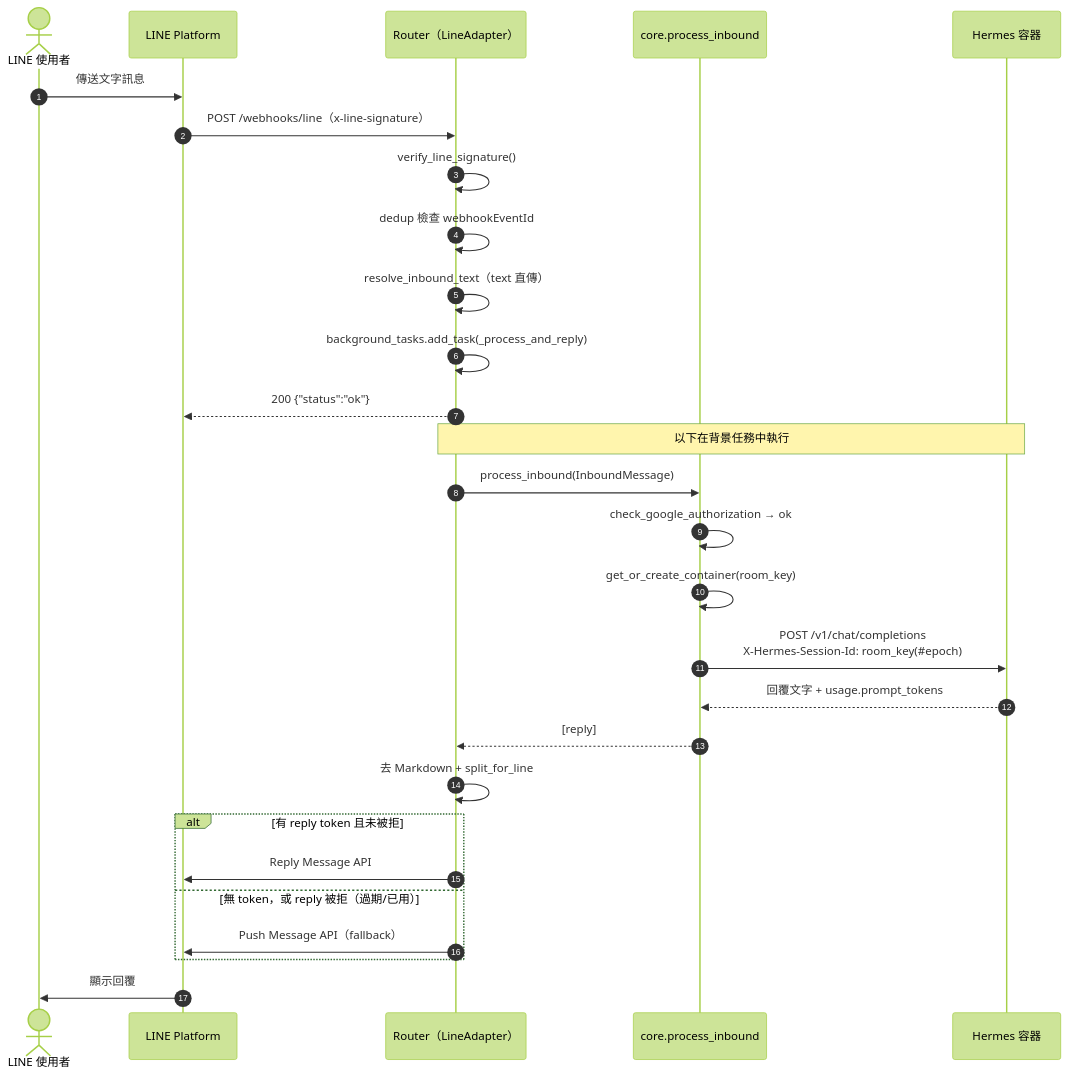
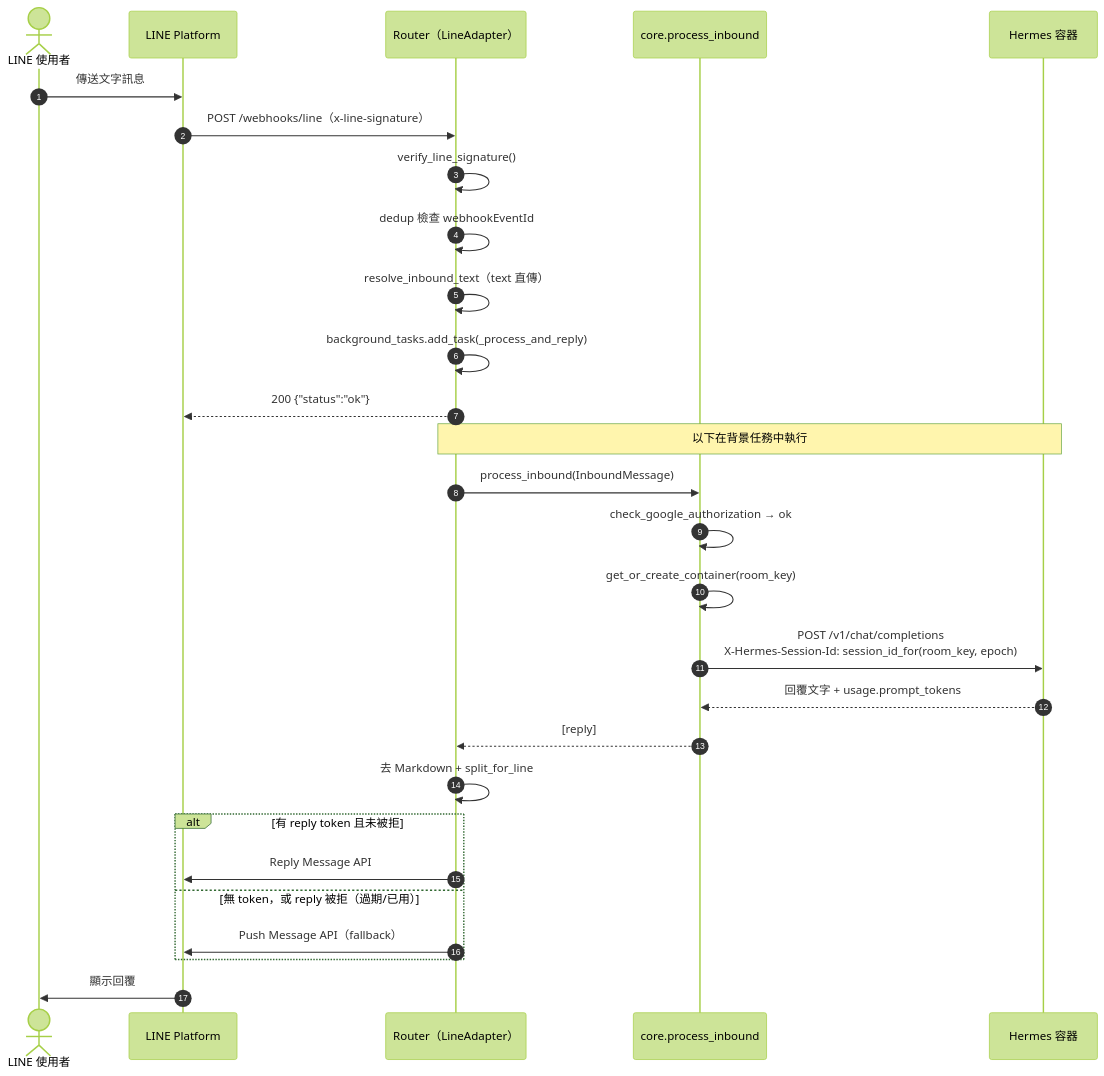
Before and after one commit to marychouchou/alice-office: the first of 9 diagrams in docs/sequence-diagrams.md, drawn with Mermaid (forest theme). The commit also changed other lines of this file and 4 other files, not shown here.

````diff
--- a/docs/sequence-diagrams.md
+++ b/docs/sequence-diagrams.md
@@ -15,31 +15,31 @@
 ```mermaid
 sequenceDiagram
     autonumber
     actor U as LINE 使用者
     participant LP as LINE Platform
     participant R as Router（LineAdapter）
     participant C as core.process_inbound
     participant H as Hermes 容器
 
     U->>LP: 傳送文字訊息
     LP->>R: POST /webhooks/line（x-line-signature）
     R->>R: verify_line_signature()
     R->>R: dedup 檢查 webhookEventId
     R->>R: resolve_inbound_text（text 直傳）
     R->>R: background_tasks.add_task(_process_and_reply)
     R-->>LP: 200 {"status":"ok"}
     Note over R,H: 以下在背景任務中執行
     R->>C: process_inbound(InboundMessage)
     C->>C: check_google_authorization → ok
     C->>C: get_or_create_container(room_key)
-    C->>H: POST /v1/chat/completions<br/>X-Hermes-Session-Id: room_key(#35;epoch)
+    C->>H: POST /v1/chat/completions<br/>X-Hermes-Session-Id: session_id_for(room_key, epoch)
     H-->>C: 回覆文字 + usage.prompt_tokens
     C-->>R: [reply]
     R->>R: 去 Markdown + split_for_line
     alt 有 reply token 且未被拒
         R->>LP: Reply Message API
     else 無 token，或 reply 被拒（過期/已用）
         R->>LP: Push Message API（fallback）
     end
     LP->>U: 顯示回覆
 ```
````
